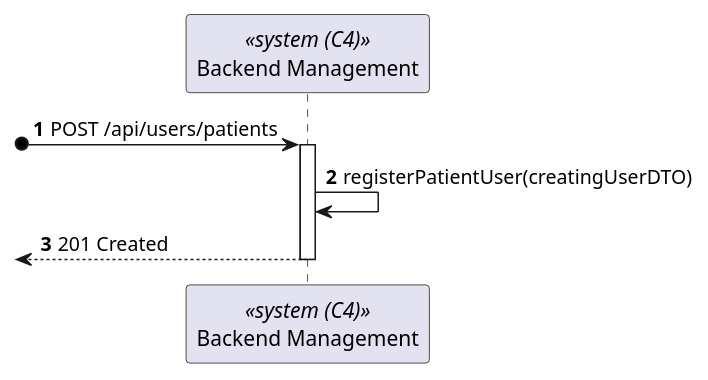
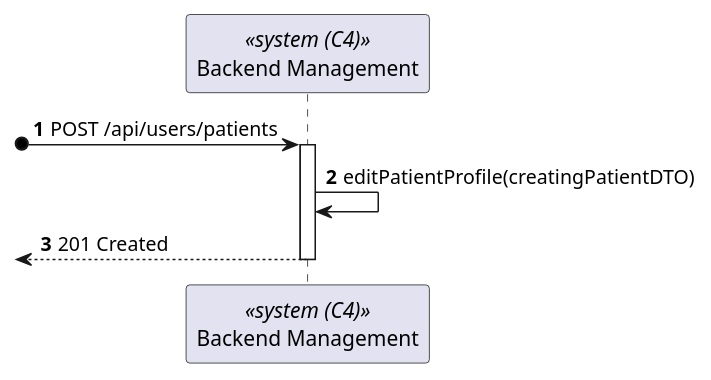
One commit to Lapr5G21/sem5pi-24-25-3ddg21 changed the diagram in docs/PatientProfileUpdate/views/level2/process-view.puml. Above: the diagram before and after it, drawn with PlantUML. The commit also changed 8 other files, not shown here.

Commit message:
Process Views Patient Profile Creation #9

```diff
--- a/docs/PatientProfileUpdate/views/level2/process-view.puml
+++ b/docs/PatientProfileUpdate/views/level2/process-view.puml
@@ -1,14 +1,14 @@
-@startuml
+@startuml Patient Profile Update (level 2)
 
 autonumber
 participant SYS as "Backend Management" <<system (C4)>>
 
 ?o-> SYS : POST /api/users/patients
 activate SYS
 
-SYS -> SYS : registerPatientUser(creatingUserDTO)
+SYS -> SYS : editPatientProfile(creatingPatientDTO)
 <-- SYS : 201 Created
 deactivate SYS
 
 
 @enduml
```
